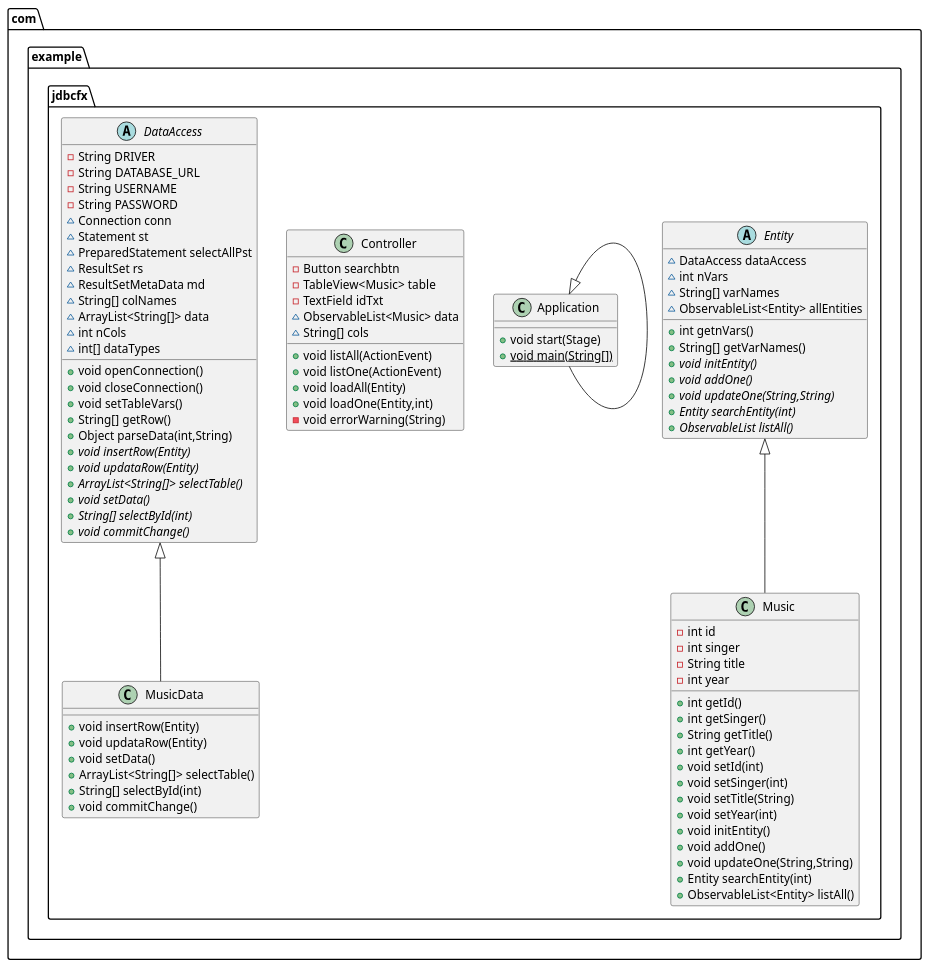
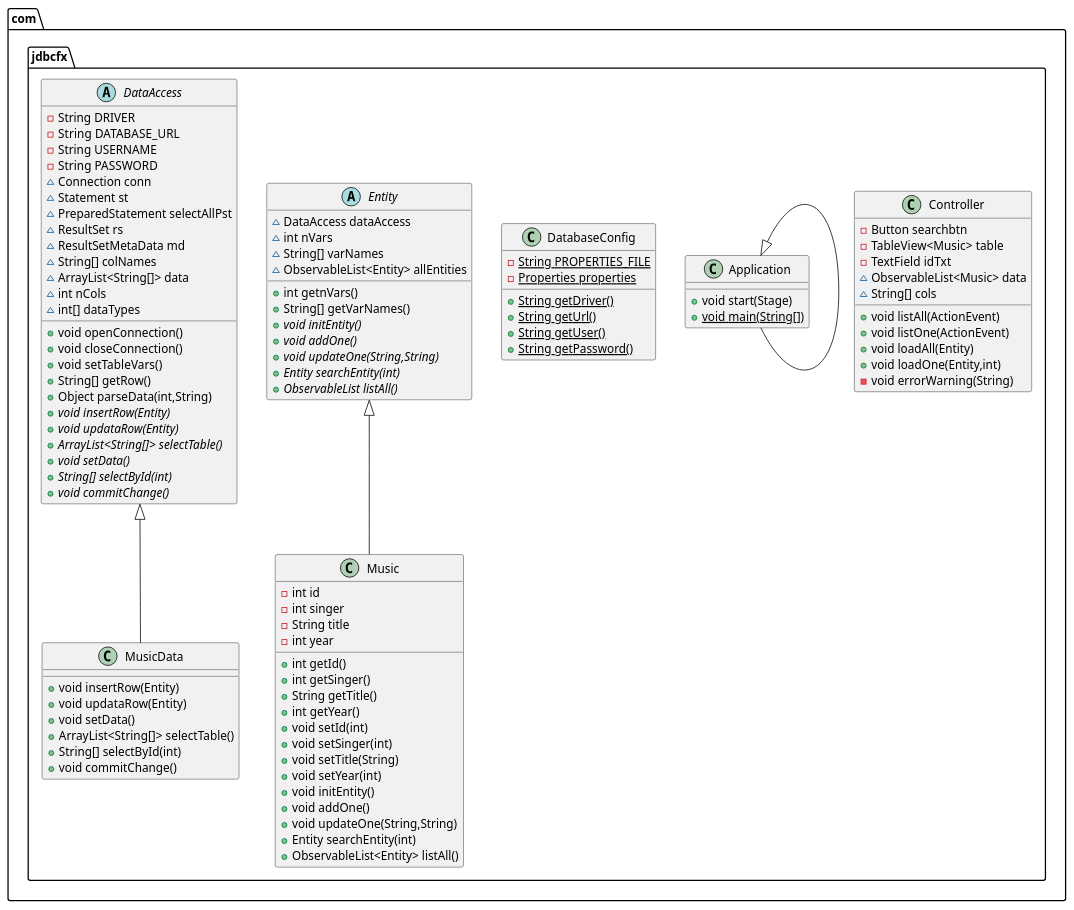
One commit to Dongli99/JDBC-Communicator changed the diagram in uml.puml. Above: the diagram before and after it, drawn with PlantUML. The commit also changed 8 other files, not shown here.

```diff
--- a/uml.puml
+++ b/uml.puml
@@ -1,89 +1,97 @@
 @startuml
-class com.example.jdbcfx.Music {
-- int id
-- int singer
-- String title
-- int year
-+ int getId()
-+ int getSinger()
-+ String getTitle()
-+ int getYear()
-+ void setId(int)
-+ void setSinger(int)
-+ void setTitle(String)
-+ void setYear(int)
-+ void initEntity()
-+ void addOne()
-+ void updateOne(String,String)
-+ Entity searchEntity(int)
-+ ObservableList<Entity> listAll()
+class com.jdbcfx.Controller {
+- Button searchbtn
+- TableView<Music> table
+- TextField idTxt
+~ ObservableList<Music> data
+~ String[] cols
++ void listAll(ActionEvent)
++ void listOne(ActionEvent)
++ void loadAll(Entity)
++ void loadOne(Entity,int)
+- void errorWarning(String)
 }
-abstract class com.example.jdbcfx.Entity {
+class com.jdbcfx.MusicData {
++ void insertRow(Entity)
++ void updataRow(Entity)
++ void setData()
++ ArrayList<String[]> selectTable()
++ String[] selectById(int)
++ void commitChange()
+}
+class com.jdbcfx.Application {
++ void start(Stage)
++ {static} void main(String[])
+}
+class com.jdbcfx.DatabaseConfig {
+- {static} String PROPERTIES_FILE
+- {static} Properties properties
++ {static} String getDriver()
++ {static} String getUrl()
++ {static} String getUser()
++ {static} String getPassword()
+}
+abstract class com.jdbcfx.Entity {
 ~ DataAccess dataAccess
 ~ int nVars
 ~ String[] varNames
 ~ ObservableList<Entity> allEntities
 + int getnVars()
 + String[] getVarNames()
 + {abstract}void initEntity()
 + {abstract}void addOne()
 + {abstract}void updateOne(String,String)
 + {abstract}Entity searchEntity(int)
 + {abstract}ObservableList listAll()
 }
-class com.example.jdbcfx.Application {
-+ void start(Stage)
-+ {static} void main(String[])
-}
-class com.example.jdbcfx.MusicData {
-+ void insertRow(Entity)
-+ void updataRow(Entity)
-+ void setData()
-+ ArrayList<String[]> selectTable()
-+ String[] selectById(int)
-+ void commitChange()
-}
-class com.example.jdbcfx.Controller {
-- Button searchbtn
-- TableView<Music> table
-- TextField idTxt
-~ ObservableList<Music> data
-~ String[] cols
-+ void listAll(ActionEvent)
-+ void listOne(ActionEvent)
-+ void loadAll(Entity)
-+ void loadOne(Entity,int)
-- void errorWarning(String)
-}
-abstract class com.example.jdbcfx.DataAccess {
+abstract class com.jdbcfx.DataAccess {
 - String DRIVER
 - String DATABASE_URL
 - String USERNAME
 - String PASSWORD
 ~ Connection conn
 ~ Statement st
 ~ PreparedStatement selectAllPst
 ~ ResultSet rs
 ~ ResultSetMetaData md
 ~ String[] colNames
 ~ ArrayList<String[]> data
 ~ int nCols
 ~ int[] dataTypes
 + void openConnection()
 + void closeConnection()
 + void setTableVars()
 + String[] getRow()
 + Object parseData(int,String)
 + {abstract}void insertRow(Entity)
 + {abstract}void updataRow(Entity)
 + {abstract}ArrayList<String[]> selectTable()
 + {abstract}void setData()
 + {abstract}String[] selectById(int)
 + {abstract}void commitChange()
 }
+class com.jdbcfx.Music {
+- int id
+- int singer
+- String title
+- int year
++ int getId()
++ int getSinger()
++ String getTitle()
++ int getYear()
++ void setId(int)
++ void setSinger(int)
++ void setTitle(String)
++ void setYear(int)
++ void initEntity()
++ void addOne()
++ void updateOne(String,String)
++ Entity searchEntity(int)
++ ObservableList<Entity> listAll()
+}
 
 
-com.example.jdbcfx.Entity <|-- com.example.jdbcfx.Music
-com.example.jdbcfx.Application <|-- com.example.jdbcfx.Application
-com.example.jdbcfx.DataAccess <|-- com.example.jdbcfx.MusicData
+com.jdbcfx.DataAccess <|-- com.jdbcfx.MusicData
+com.jdbcfx.Application <|-- com.jdbcfx.Application
+com.jdbcfx.Entity <|-- com.jdbcfx.Music
 @enduml
```
